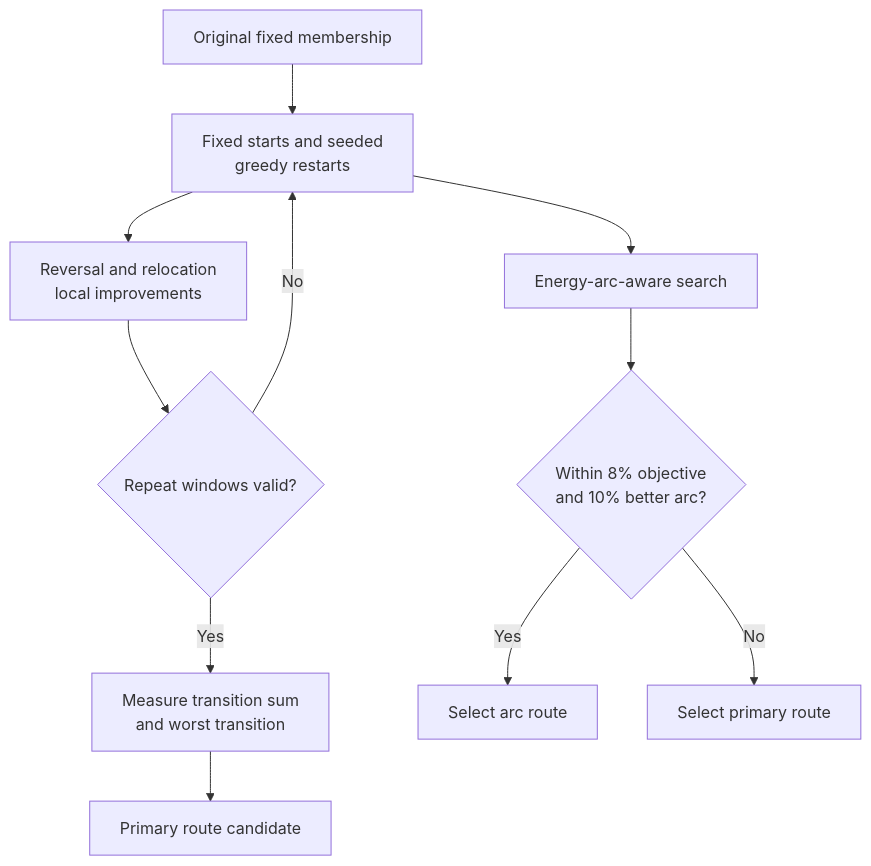
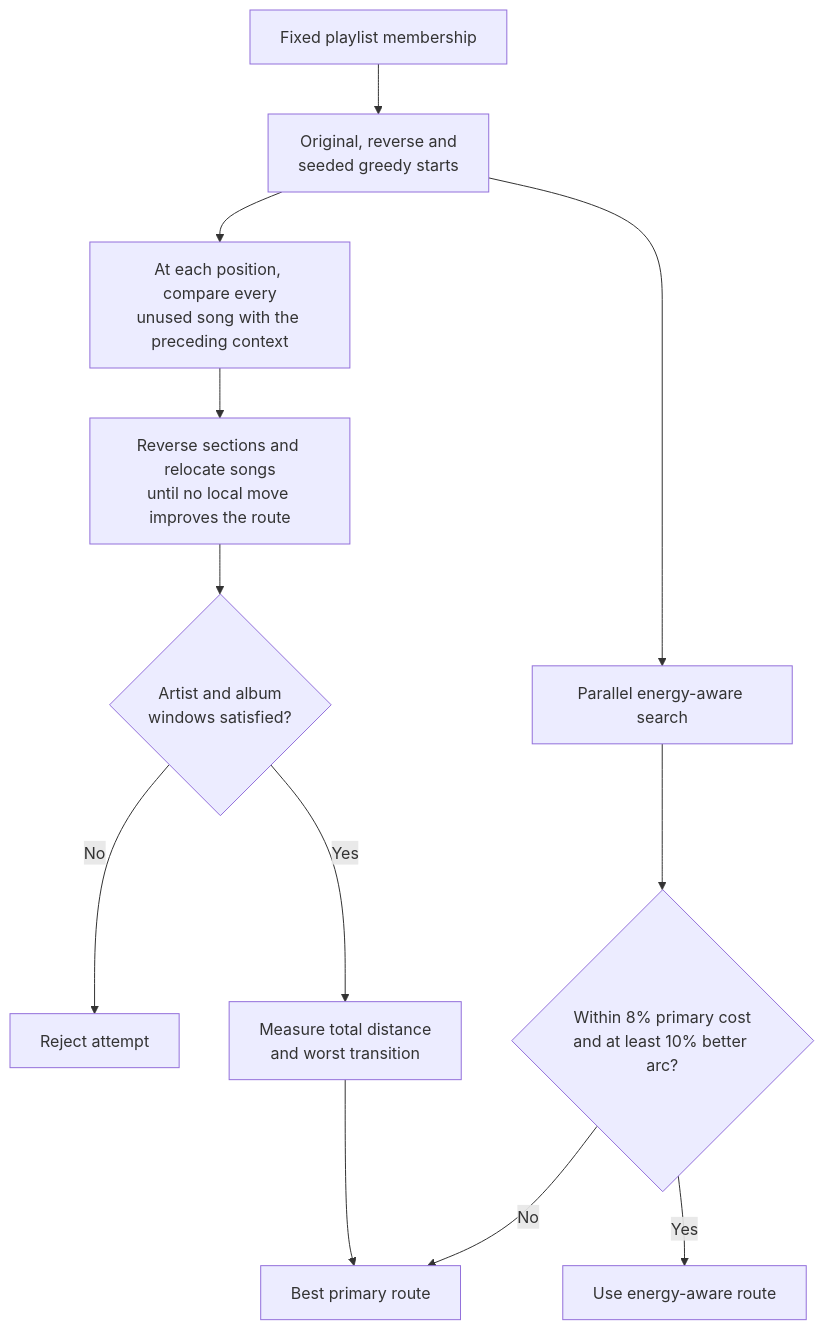
The fourth of 6 diagrams in ALGORITHMS.md (chrober/lms-better-call-bliss), drawn with Mermaid before and after one commit. The commit also changed other lines of this file, not shown here.

Commit message:
docs: explain playlist strategies for listeners

```diff
--- a/ALGORITHMS.md
+++ b/ALGORITHMS.md
@@ -151,13 +209,14 @@
 ~~~mermaid
 flowchart TD
-    A["Original fixed membership"] --> B["Fixed starts and seeded<br/>greedy restarts"]
-    B --> C["Reversal and relocation<br/>local improvements"]
-    C --> D{"Repeat windows valid?"}
-    D -- No --> B
-    D -- Yes --> E["Measure transition sum<br/>and worst transition"]
-    E --> F["Primary route candidate"]
-    B --> G["Energy-arc-aware search"]
-    G --> H{"Within 8% objective<br/>and 10% better arc?"}
-    H -- Yes --> I["Select arc route"]
-    H -- No --> J["Select primary route"]
+    A["Fixed playlist membership"] --> B["Original, reverse and<br/>seeded greedy starts"]
+    B --> C["At each position, compare every<br/>unused song with the preceding context"]
+    C --> D["Reverse sections and relocate songs<br/>until no local move improves the route"]
+    D --> E{"Artist and album<br/>windows satisfied?"}
+    E -- No --> X["Reject attempt"]
+    E -- Yes --> F["Measure total distance<br/>and worst transition"]
+    F --> G["Best primary route"]
+    B --> H["Parallel energy-aware search"]
+    H --> I{"Within 8% primary cost<br/>and at least 10% better arc?"}
+    I -- Yes --> J["Use energy-aware route"]
+    I -- No --> G
 ~~~
```
